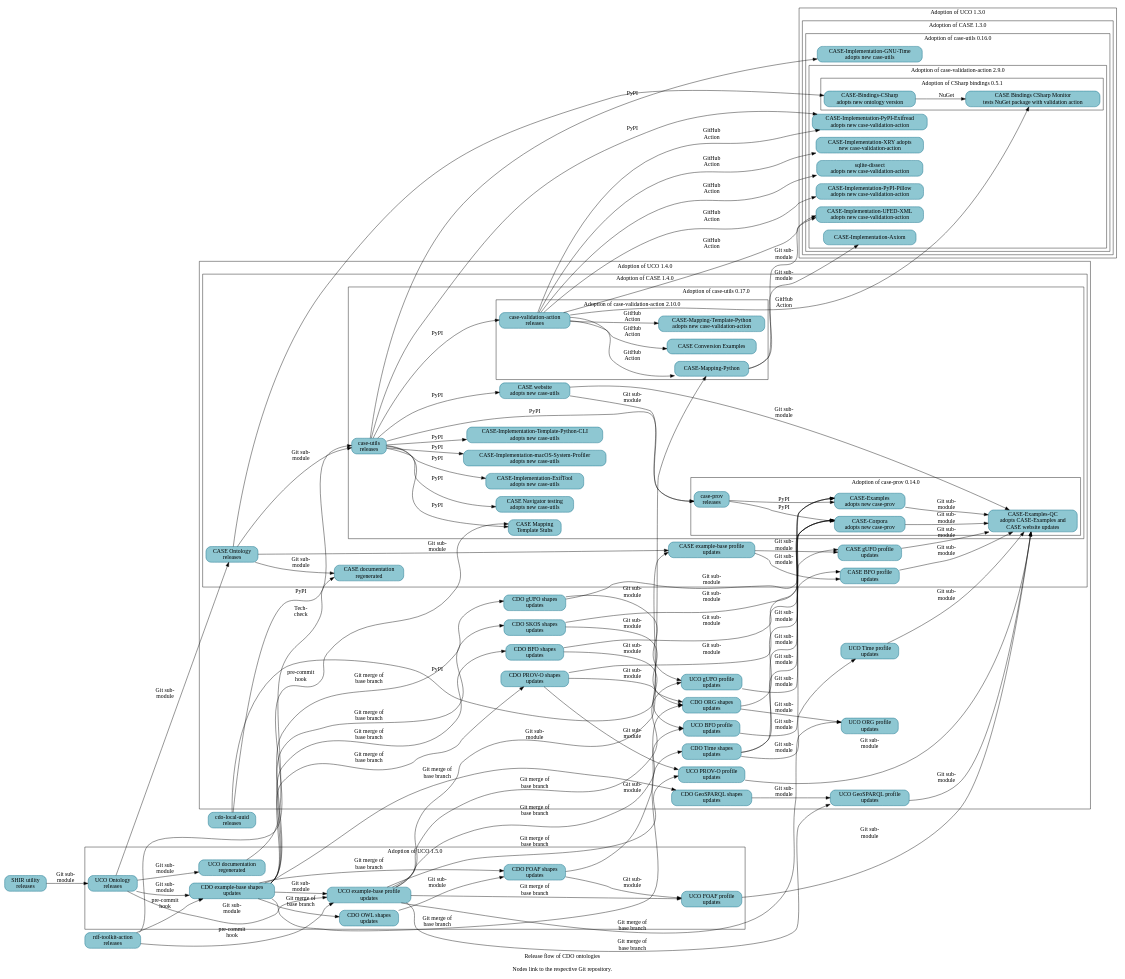
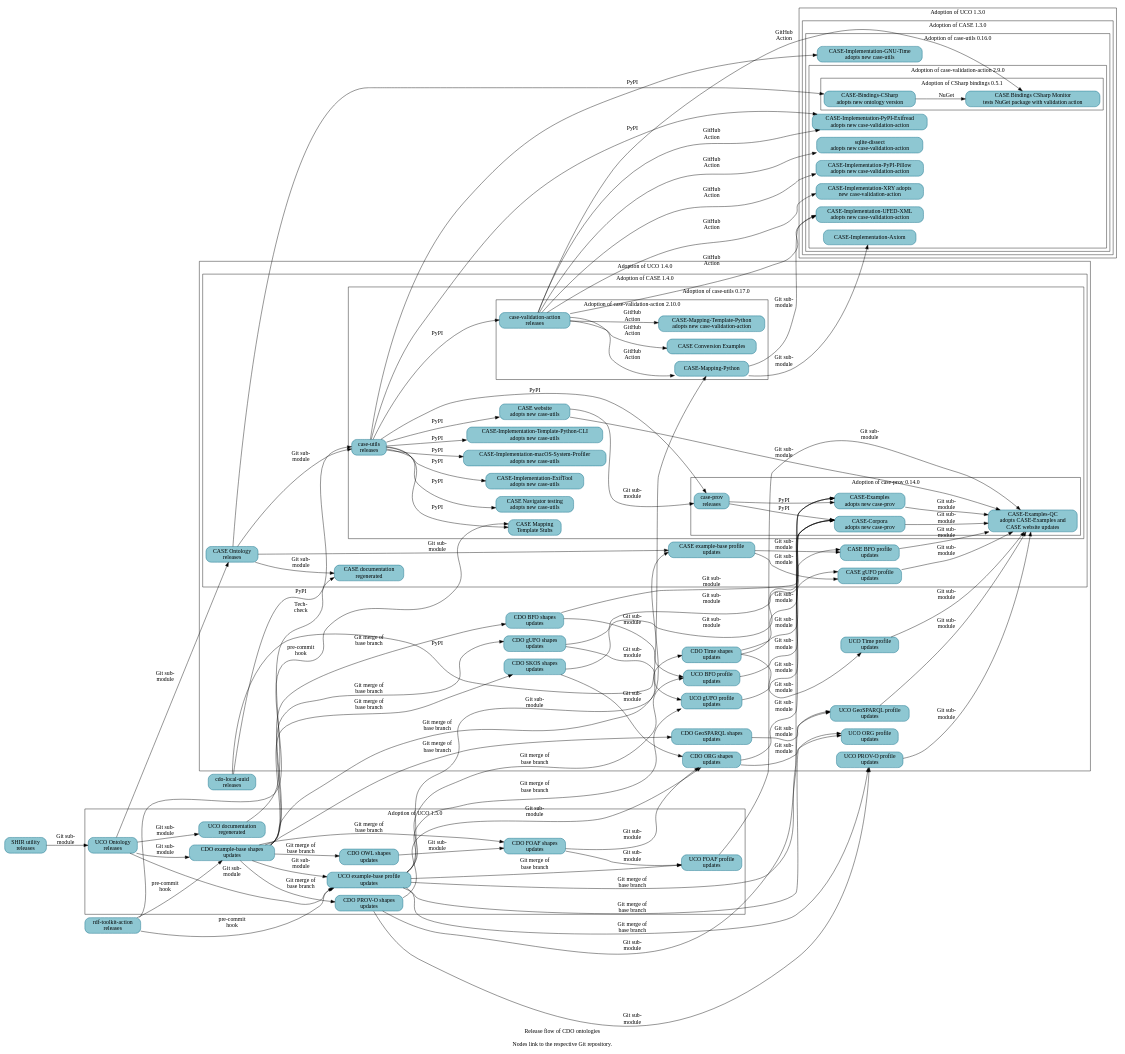
One commit to Cyber-Domain-Ontology/cdo.github.io changed the diagram in resources/project_release_flow.dot. Above: the diagram before and after it, drawn with Graphviz. The commit also changed other lines of this file, not shown here.

```diff
--- a/resources/project_release_flow.dot
+++ b/resources/project_release_flow.dot
@@ -46,7 +46,6 @@
     _GH__CYBER_DOMAIN_ONTOLOGY__CDO_SHAPES_GEOSPARQL [URL="https://github.com/Cyber-Domain-Ontology/CDO-Shapes-GeoSPARQL" label="CDO GeoSPARQL shapes\nupdates"] ;
     _GH__CYBER_DOMAIN_ONTOLOGY__CDO_SHAPES_GUFO [URL="https://github.com/Cyber-Domain-Ontology/CDO-Shapes-gufo" label="CDO gUFO shapes\nupdates"] ;
     _GH__CYBER_DOMAIN_ONTOLOGY__CDO_SHAPES_ORG [URL="https://github.com/Cyber-Domain-Ontology/CDO-Shapes-ORG" label="CDO ORG shapes\nupdates"] ;
-    _GH__CYBER_DOMAIN_ONTOLOGY__CDO_SHAPES_PROV_O [URL="https://github.com/Cyber-Domain-Ontology/CDO-Shapes-PROV-O" label="CDO PROV-O shapes\nupdates"] ;
     _GH__CYBER_DOMAIN_ONTOLOGY__CDO_SHAPES_SKOS [URL="https://github.com/Cyber-Domain-Ontology/CDO-Shapes-Time" label="CDO SKOS shapes\nupdates"] ;
     _GH__CYBER_DOMAIN_ONTOLOGY__CDO_SHAPES_TIME [URL="https://github.com/Cyber-Domain-Ontology/CDO-Shapes-Time" label="CDO Time shapes\nupdates"] ;
     _GH__UCOPROJECT__UCO_PROFILE_BFO [URL="https://github.com/ucoProject/UCO-Profile-BFO" label="UCO BFO profile\nupdates"] ;
@@ -103,6 +102,7 @@
     _GH__CYBER_DOMAIN_ONTOLOGY__CDO_SHAPES_EXAMPLE [URL="https://github.com/Cyber-Domain-Ontology/CDO-Shapes-Example" label="CDO example-base shapes\nupdates"] ;
     _GH__CYBER_DOMAIN_ONTOLOGY__CDO_SHAPES_FOAF [URL="https://github.com/Cyber-Domain-Ontology/CDO-Shapes-FOAF" label="CDO FOAF shapes\nupdates"] ;
     _GH__CYBER_DOMAIN_ONTOLOGY__CDO_SHAPES_OWL [URL="https://github.com/Cyber-Domain-Ontology/CDO-Shapes-OWL" label="CDO OWL shapes\nupdates"] ;
+    _GH__CYBER_DOMAIN_ONTOLOGY__CDO_SHAPES_PROV_O [URL="https://github.com/Cyber-Domain-Ontology/CDO-Shapes-PROV-O" label="CDO PROV-O shapes\nupdates"] ;
     _GH__UCOPROJECT__ONTOLOGY_UNIFIEDCYBERONTOLOGY_ORG [URL="https://github.com/ucoProject/ontology.unifiedcyberontology.org" label="UCO documentation\nregenerated"] ;
     _GH__UCOPROJECT__UCO [URL="https://github.com/ucoProject/UCO" label="UCO Ontology\nreleases"] ;
     _GH__UCOPROJECT__UCO_PROFILE_EXAMPLE [URL="https://github.com/ucoProject/UCO-Profile-Example" label="UCO example-base profile\nupdates"] ;
```
